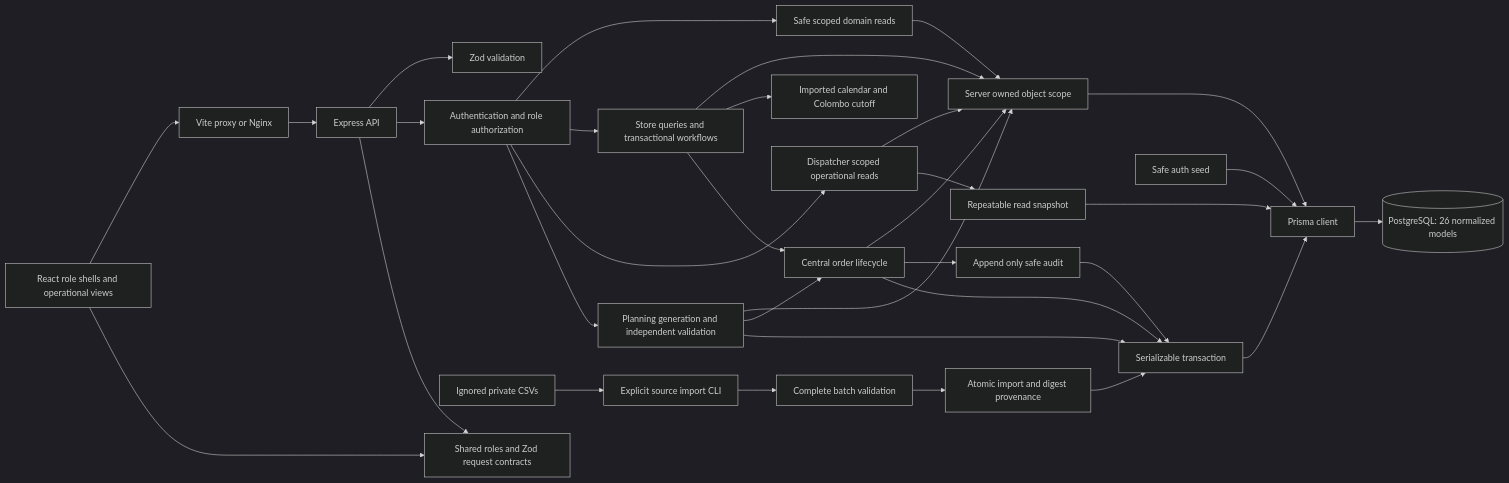
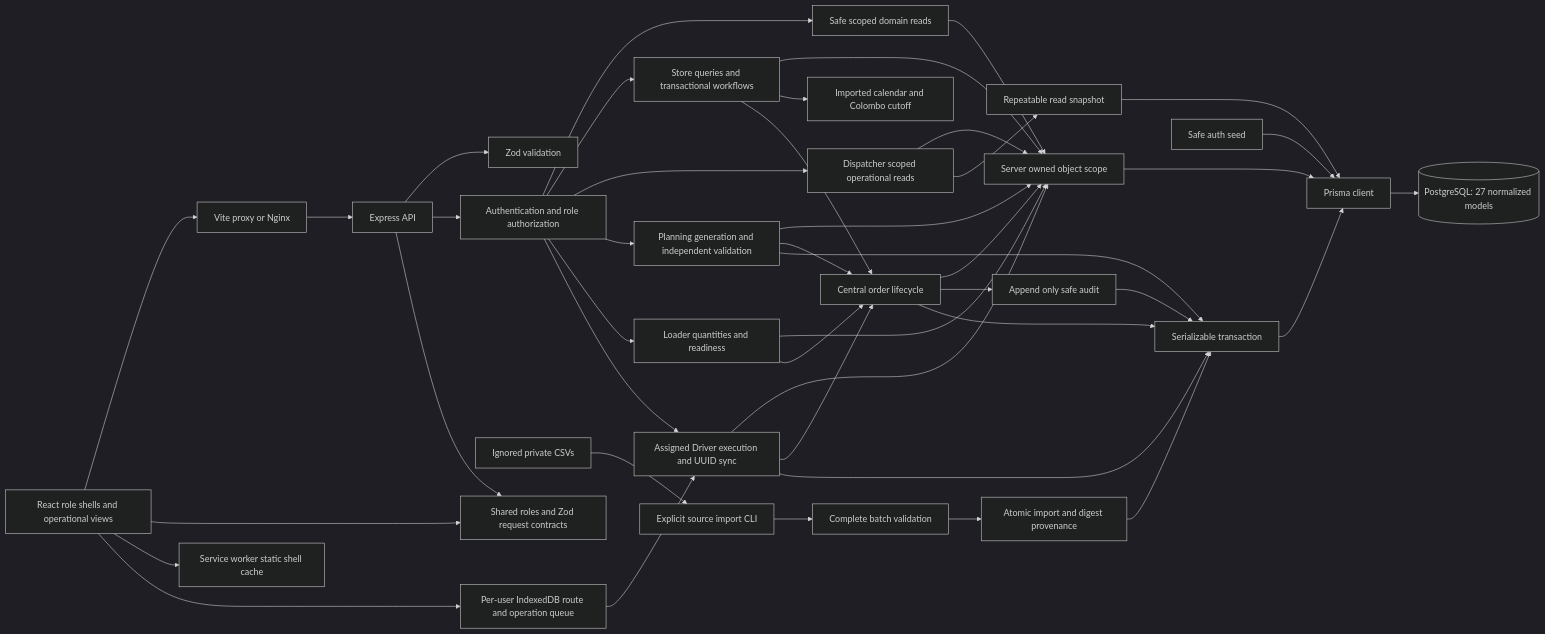
The diagram in docs/architecture.md (sameer-jr/CodeCrunchers_WaypointPulse), drawn with Mermaid (dark theme) before and after one commit. The commit also changed other lines of this file and 72 other files, not shown here.

Commit message:
feat: implement Driver execution and offline recovery

````diff
--- a/docs/architecture.md
+++ b/docs/architecture.md
@@ -5,35 +5,45 @@
 ```mermaid
 flowchart LR
   Browser[React role shells and operational views] --> Proxy[Vite proxy or Nginx]
   Proxy --> API[Express API]
   API --> Validation[Zod validation]
   API --> Auth[Authentication and role authorization]
   Auth --> Reads[Safe scoped domain reads]
   Auth --> Store[Store queries and transactional workflows]
   Auth --> Dispatcher[Dispatcher scoped operational reads]
   Auth --> Planning[Planning generation and independent validation]
+  Auth --> Loader[Loader quantities and readiness]
+  Auth --> Driver[Assigned Driver execution and UUID sync]
+  Loader --> Scope
+  Loader --> Lifecycle
+  Driver --> Scope
+  Driver --> Lifecycle
+  Driver --> Transaction
   Planning --> Scope
   Planning --> Lifecycle
   Planning --> Transaction
   Reads --> Scope[Server owned object scope]
   Store --> Scope
   Store --> Calendar[Imported calendar and Colombo cutoff]
   Store --> Lifecycle
   Dispatcher --> Scope
   Dispatcher --> Snapshot[Repeatable read snapshot]
   Snapshot --> Prisma
   Lifecycle[Central order lifecycle] --> Scope
   Lifecycle --> Audit[Append only safe audit]
   Lifecycle --> Transaction[Serializable transaction]
   Audit --> Transaction
   Private[Ignored private CSVs] --> CLI[Explicit source import CLI]
   CLI --> Validate[Complete batch validation]
   Validate --> Import[Atomic import and digest provenance]
   Import --> Transaction
   Scope --> Prisma[Prisma client]
   Transaction --> Prisma
-  Prisma --> Database[(PostgreSQL: 26 normalized models)]
+  Prisma --> Database[(PostgreSQL: 27 normalized models)]
   Browser --> Shared[Shared roles and Zod request contracts]
+  Browser --> ShellCache[Service worker static shell cache]
+  Browser --> Device[Per-user IndexedDB route and operation queue]
+  Device --> Driver
   API --> Shared
   Seed[Safe auth seed] --> Prisma
 ```
````
